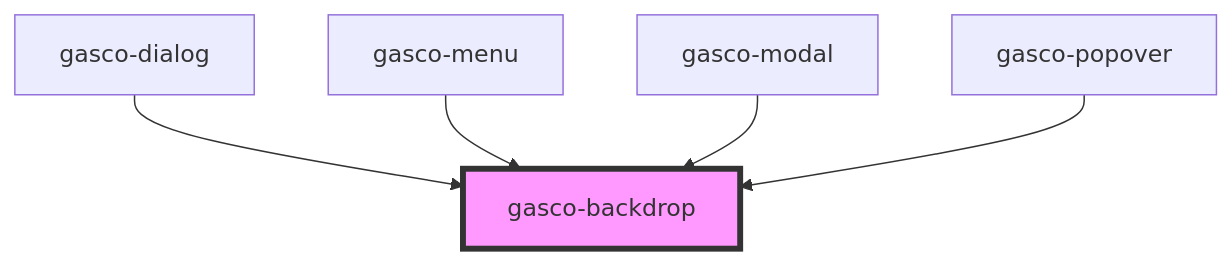
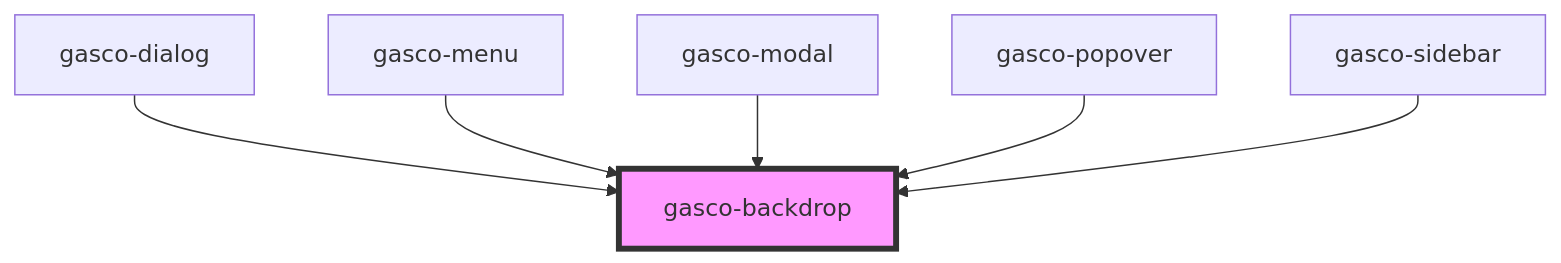
Before and after one commit to lac617a/gasco-core: the diagram in core/src/components/gasco-backdrop/readme.md, drawn with Mermaid. The commit also changed other lines of this file and 62 other files, not shown here.

````diff
--- a/core/src/components/gasco-backdrop/readme.md
+++ b/core/src/components/gasco-backdrop/readme.md
@@ -34,8 +35,9 @@
 ```mermaid
 graph TD;
   gasco-dialog --> gasco-backdrop
   gasco-menu --> gasco-backdrop
   gasco-modal --> gasco-backdrop
   gasco-popover --> gasco-backdrop
+  gasco-sidebar --> gasco-backdrop
   style gasco-backdrop fill:#f9f,stroke:#333,stroke-width:4px
 ```
````
